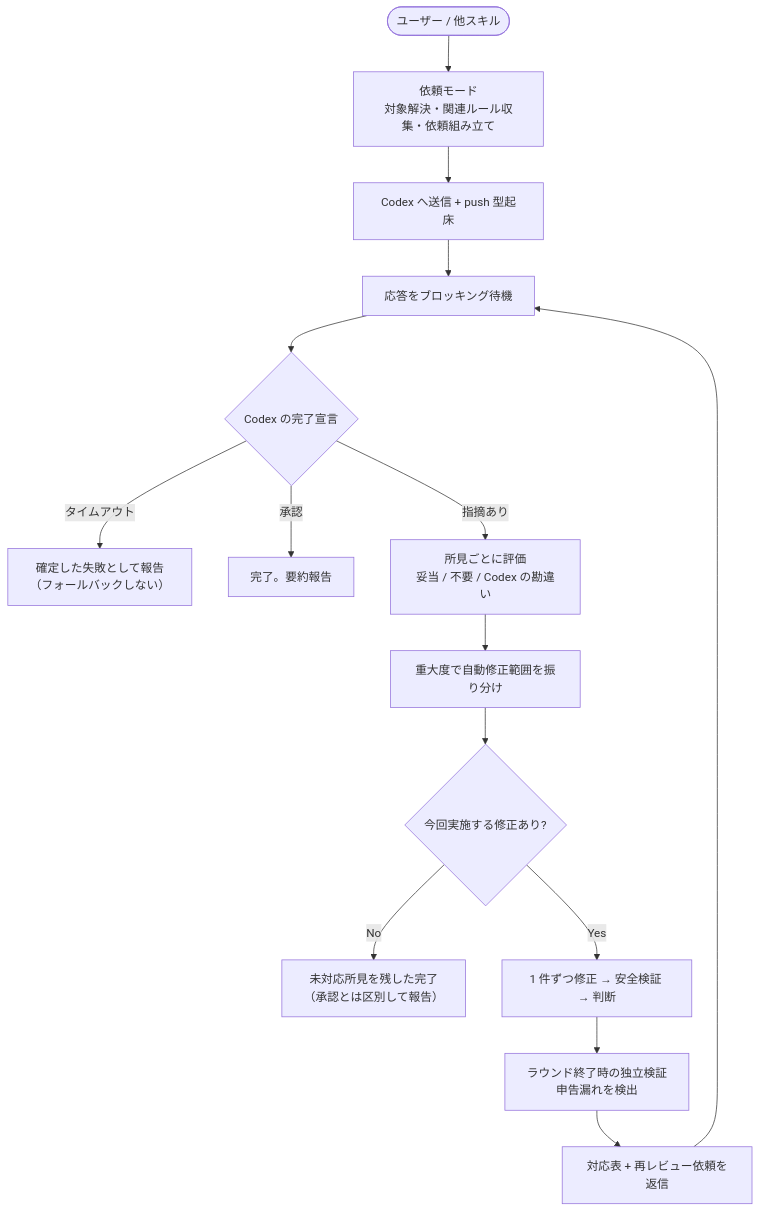
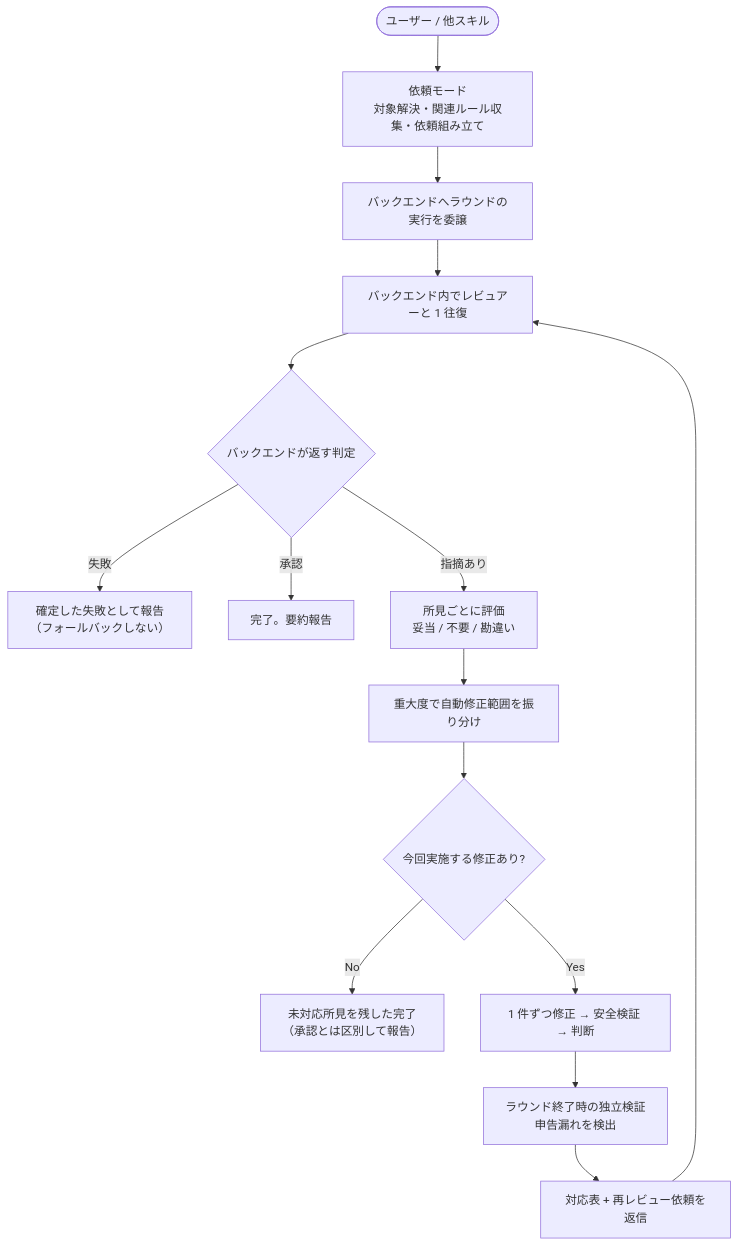
The diagram in docs/readme/forge/guide_review_ja.md (BlueEventHorizon/bw-cc-plugins), drawn with Mermaid before and after one commit. The commit also changed other lines of this file and 12 other files, not shown here.

````diff
--- a/docs/readme/forge/guide_review_ja.md
+++ b/docs/readme/forge/guide_review_ja.md
@@ -199,29 +205,29 @@
 ```mermaid
 flowchart TD
     START([ユーザー / 他スキル]) --> REQ
 
     REQ["依頼モード<br/>対象解決・関連ルール収集・依頼組み立て"] --> SEND
 
-    SEND["Codex へ送信 + push 型起床"] --> WAIT
+    SEND["バックエンドへラウンドの実行を委譲"] --> WAIT
 
-    WAIT["応答をブロッキング待機"] --> RESULT
+    WAIT["バックエンド内でレビュアーと 1 往復"] --> RESULT
 
-    RESULT{Codex の完了宣言}
-    RESULT -->|"タイムアウト"| FAIL["確定した失敗として報告<br/>（フォールバックしない）"]
+    RESULT{バックエンドが返す判定}
+    RESULT -->|"失敗"| FAIL["確定した失敗として報告<br/>（フォールバックしない）"]
     RESULT -->|"承認"| DONE["完了。要約報告"]
     RESULT -->|"指摘あり"| EVAL
 
-    EVAL["所見ごとに評価<br/>妥当 / 不要 / Codex の勘違い"] --> GATE
+    EVAL["所見ごとに評価<br/>妥当 / 不要 / 勘違い"] --> GATE
 
     GATE["重大度で自動修正範囲を振り分け"] --> CONFIRM
 
     CONFIRM{今回実施する修正あり?}
     CONFIRM -->|No| DONE2["未対応所見を残した完了<br/>（承認とは区別して報告）"]
     CONFIRM -->|Yes| FIX
 
     FIX["1 件ずつ修正 → 安全検証 → 判断"] --> VERIFY
 
     VERIFY["ラウンド終了時の独立検証<br/>申告漏れを検出"] --> REPLY
 
     REPLY["対応表 + 再レビュー依頼を返信"] --> WAIT
 ```
````
